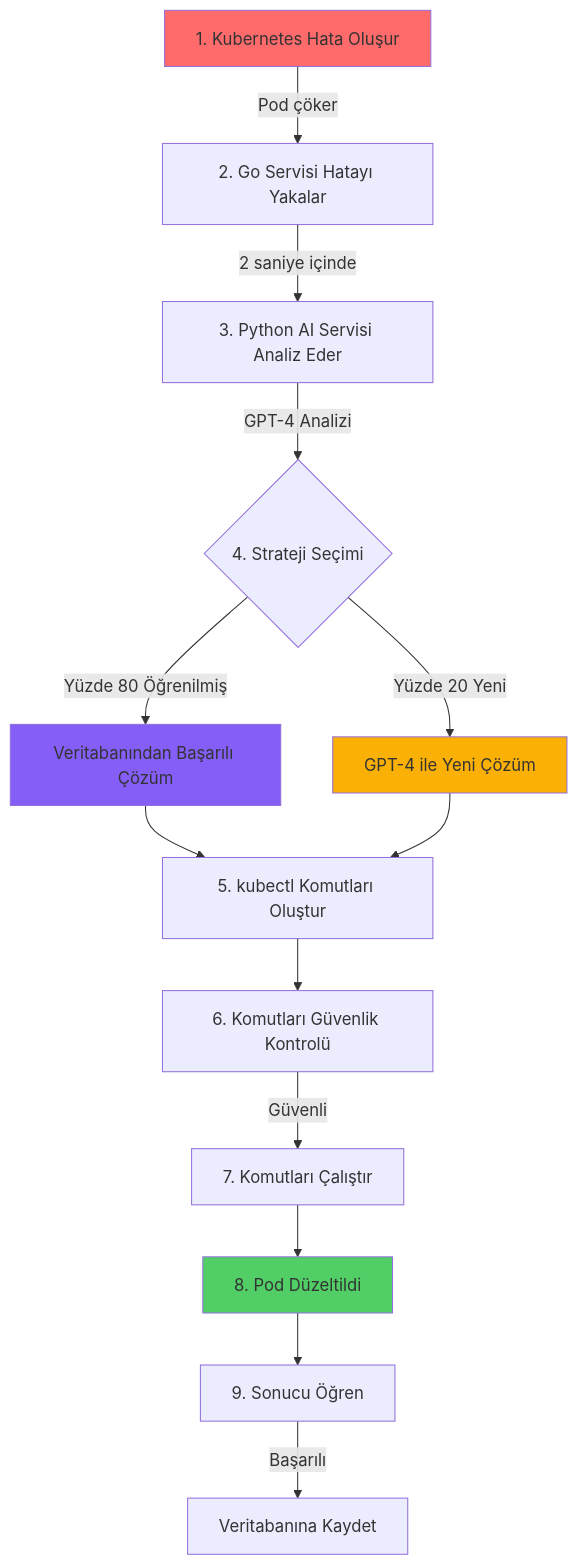
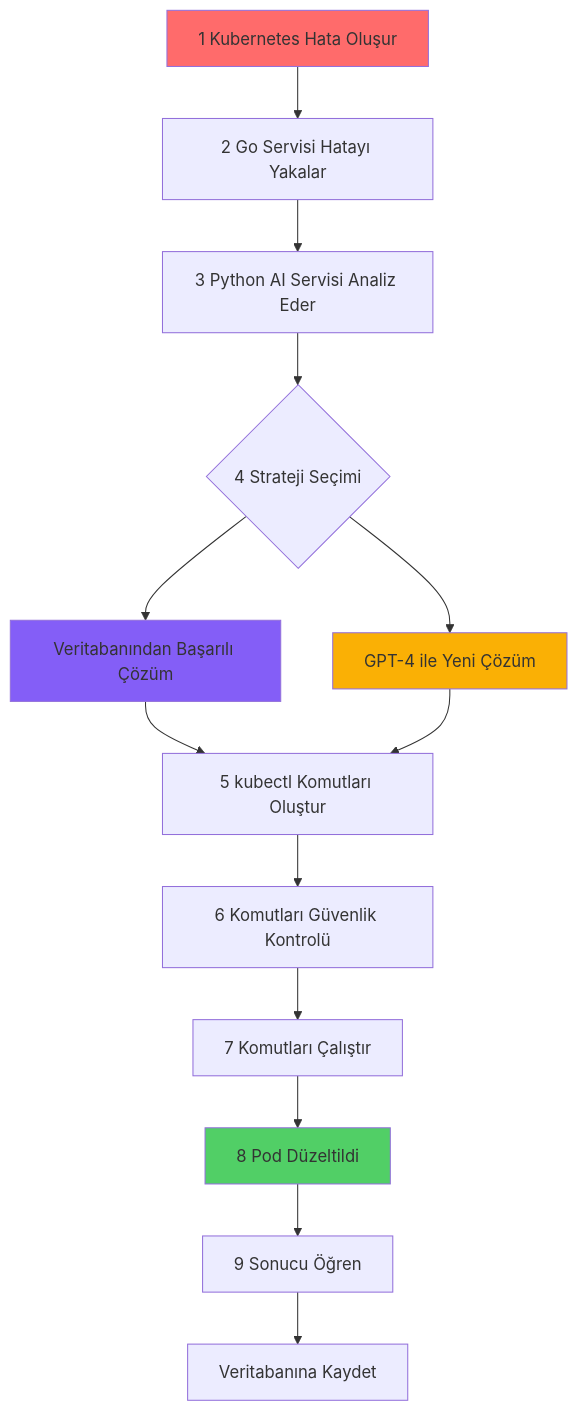
One commit to mmsuerkan/kubernetes-thesis changed the first of 3 diagrams in README.md. Above: the diagram before and after it, drawn with Mermaid. The commit also changed other lines of this file, not shown here.

First line of the commit message:
fix: Simplify Mermaid diagrams to prevent markdown parsing errors

````diff
--- a/README.md
+++ b/README.md
@@ -48,24 +48,24 @@
 ```mermaid
 graph TD
-    A[1. Kubernetes Hata Oluşur] -->|Pod çöker| B[2. Go Servisi Hatayı Yakalar]
-    B -->|2 saniye içinde| C[3. Python AI Servisi Analiz Eder]
-    C -->|GPT-4 Analizi| D{4. Strateji Seçimi}
+    A[1 Kubernetes Hata Oluşur] --> B[2 Go Servisi Hatayı Yakalar]
+    B --> C[3 Python AI Servisi Analiz Eder]
+    C --> D{4 Strateji Seçimi}
     
-    D -->|Yüzde 80 Öğrenilmiş| E[Veritabanından Başarılı Çözüm]
-    D -->|Yüzde 20 Yeni| F[GPT-4 ile Yeni Çözüm]
+    D --> E[Veritabanından Başarılı Çözüm]
+    D --> F[GPT-4 ile Yeni Çözüm]
     
-    E --> G[5. kubectl Komutları Oluştur]
+    E --> G[5 kubectl Komutları Oluştur]
     F --> G
     
-    G --> H[6. Komutları Güvenlik Kontrolü]
-    H -->|Güvenli| I[7. Komutları Çalıştır]
-    I --> J[8. Pod Düzeltildi]
+    G --> H[6 Komutları Güvenlik Kontrolü]
+    H --> I[7 Komutları Çalıştır]
+    I --> J[8 Pod Düzeltildi]
     
-    J --> K[9. Sonucu Öğren]
-    K -->|Başarılı| L[Veritabanına Kaydet]
+    J --> K[9 Sonucu Öğren]
+    K --> L[Veritabanına Kaydet]
     
     style A fill:#ff6b6b
     style J fill:#51cf66
     style E fill:#845ef7
     style F fill:#fab005
 ```
````
